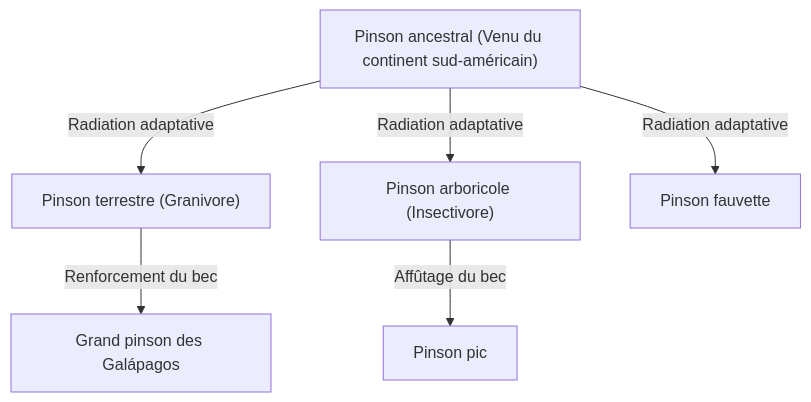
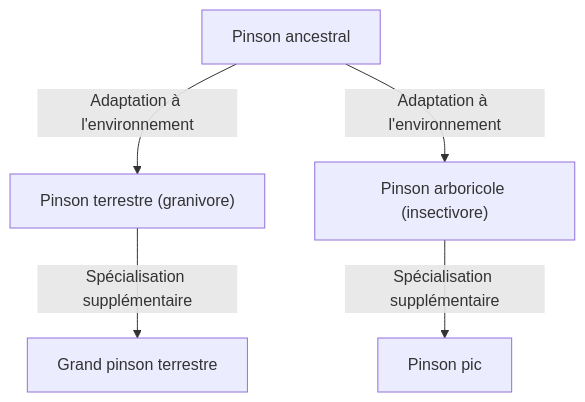
Before and after one commit to kenjinote/blog: the diagram in content/post/darwins-theory-of-evolution/index.fr.md, drawn with Mermaid. The commit also changed other lines of this file and 129 other files, not shown here.

````diff
--- a/content/post/darwins-theory-of-evolution/index.fr.md
+++ b/content/post/darwins-theory-of-evolution/index.fr.md
@@ -25,9 +27,7 @@
 ```mermaid
 graph TD
-    A["Pinson ancestral (Venu du continent sud-américain)"]
-    A -- "Radiation adaptative" --> B["Pinson terrestre (Granivore)"]
-    A -- "Radiation adaptative" --> C["Pinson arboricole (Insectivore)"]
-    A -- "Radiation adaptative" --> D["Pinson fauvette"]
-    B -- "Renforcement du bec" --> B1["Grand pinson des Galápagos"]
-    C -- "Affûtage du bec" --> C1["Pinson pic"]
+    A["Pinson ancestral"] -- "Adaptation à l'environnement" --> B["Pinson terrestre (granivore)"]
+    A["Pinson ancestral"] -- "Adaptation à l'environnement" --> C["Pinson arboricole (insectivore)"]
+    B["Pinson terrestre (granivore)"] -- "Spécialisation supplémentaire" --> D["Grand pinson terrestre"]
+    C["Pinson arboricole (insectivore)"] -- "Spécialisation supplémentaire" --> E["Pinson pic"]
 ```
````
